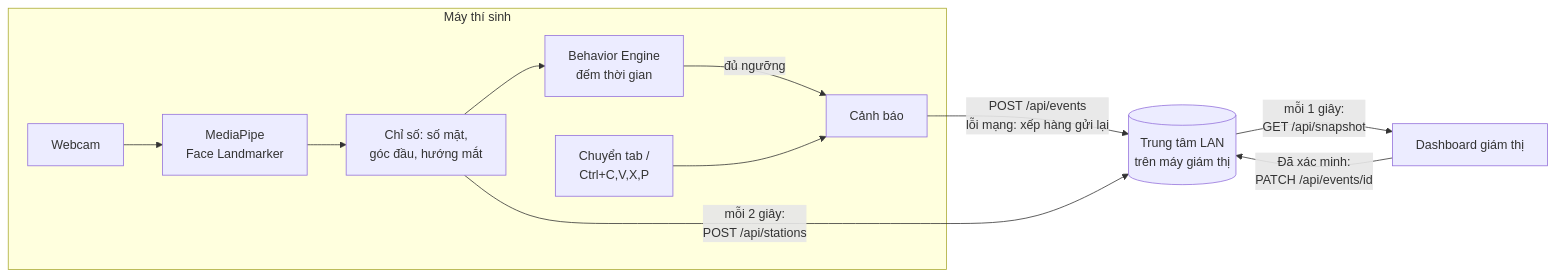
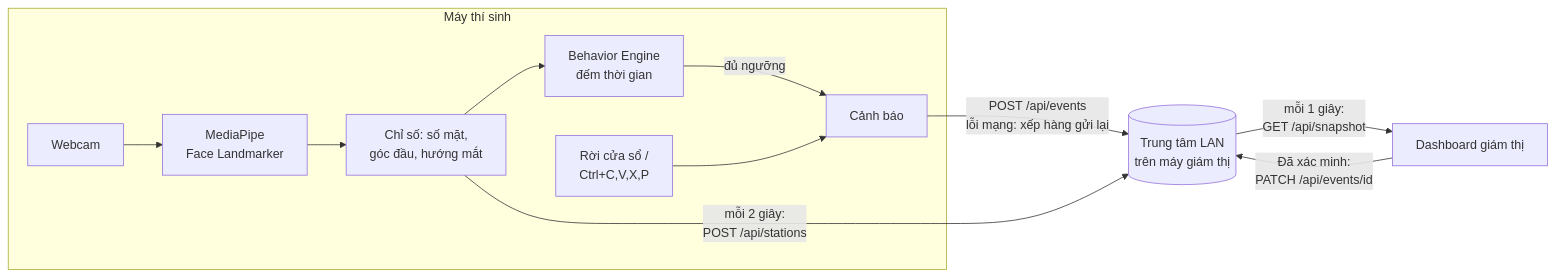
The first of 2 diagrams in docs/tong-quan.md (hieuduongt/AI-ExamGuard), drawn with Mermaid before and after one commit. The commit also changed other lines of this file and 6 other files, not shown here.

````diff
--- a/docs/tong-quan.md
+++ b/docs/tong-quan.md
@@ -20,14 +47,14 @@
 ```mermaid
 flowchart LR
   subgraph May_thi_sinh["Máy thí sinh"]
     W[Webcam] --> M[MediaPipe<br/>Face Landmarker]
     M --> C[Chỉ số: số mặt,<br/>góc đầu, hướng mắt]
     C --> B[Behavior Engine<br/>đếm thời gian]
     B -->|đủ ngưỡng| E[Cảnh báo]
-    K[Chuyển tab /<br/>Ctrl+C,V,X,P] --> E
+    K[Rời cửa sổ /<br/>Ctrl+C,V,X,P] --> E
   end
   E -->|POST /api/events<br/>lỗi mạng: xếp hàng gửi lại| H[(Trung tâm LAN<br/>trên máy giám thị)]
   C -->|mỗi 2 giây:<br/>POST /api/stations| H
   H -->|mỗi 1 giây:<br/>GET /api/snapshot| D[Dashboard giám thị]
   D -->|Đã xác minh:<br/>PATCH /api/events/id| H
 ```
````
